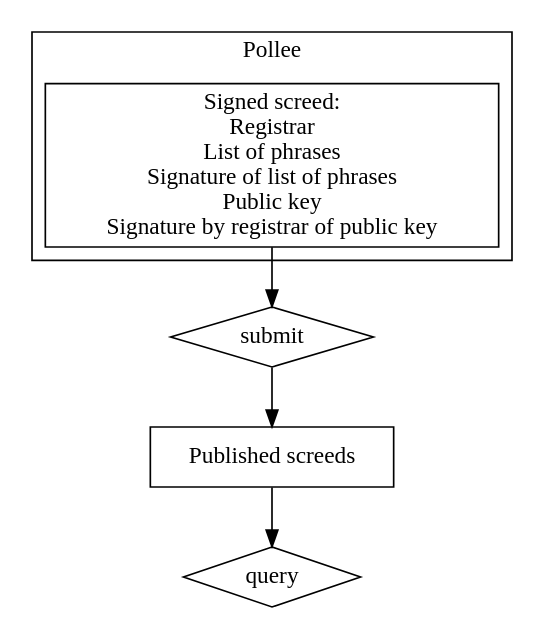
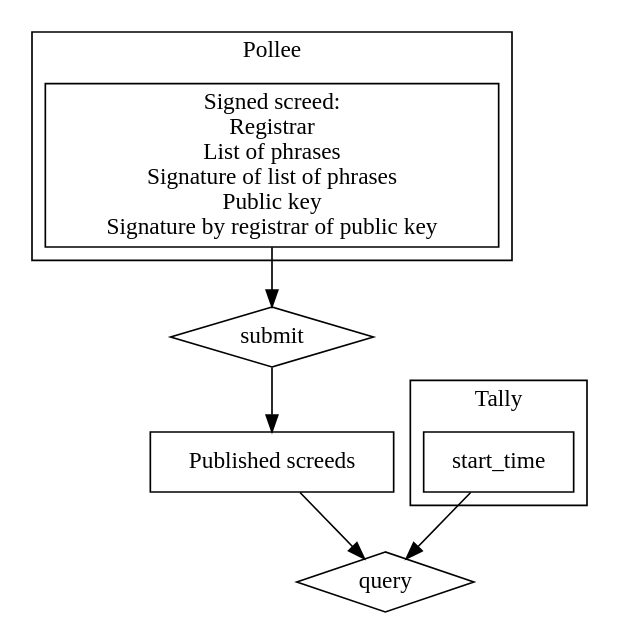
The diagram in doc/screed_host.dot (securepollingsystem/securepolling), drawn with Graphviz before and after one commit. The commit also changed 2 other files, not shown here.

```diff
--- a/doc/screed_host.dot
+++ b/doc/screed_host.dot
@@ -1,16 +1,21 @@
 digraph {
   subgraph cluster_Pollee {
     label="Pollee"
     signed_screed [label="Signed screed:
 Registrar
 List of phrases
 Signature of list of phrases
 Public key
 Signature by registrar of public key" shape="box"]
   }
+  subgraph cluster_Tally {
+    label="Tally"
+    start_time [shape="box"]
+  }
   screed [label="Published screeds", shape="box"]
   submit, query [shape="diamond"]
 
   signed_screed -> submit -> screed
   screed -> query
+  start_time -> query
 }
```
